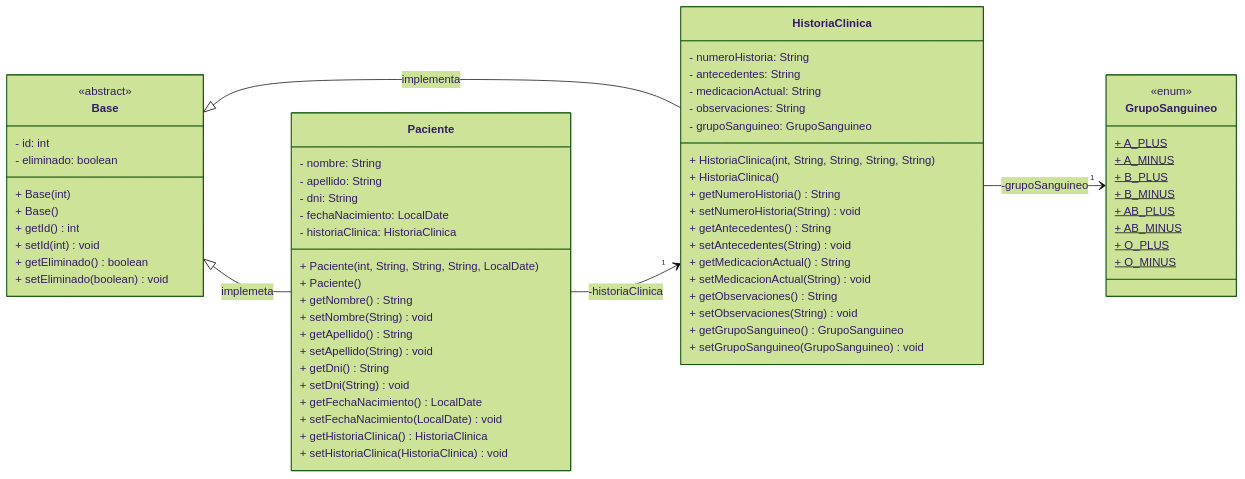
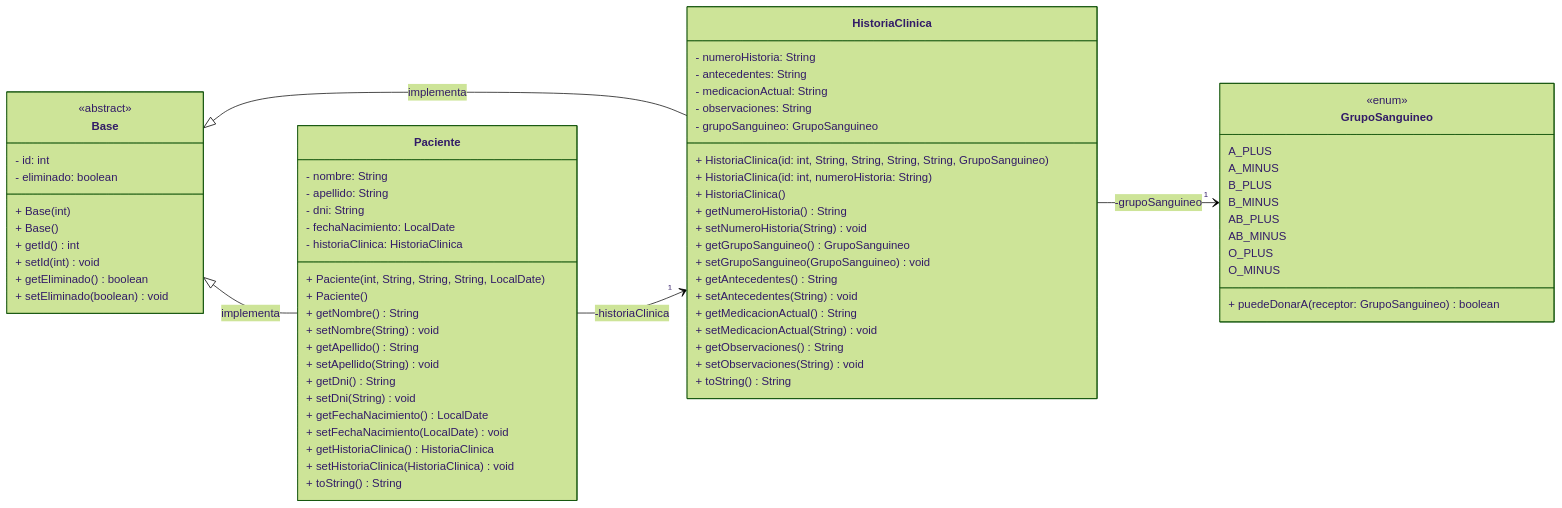
Before and after one commit to Gerolupo12/paciente-historia-cliente: the first of 2 diagrams in README.md, drawn with Mermaid (forest theme). The commit also changed other lines of this file and 6 other files, not shown here.

````diff
--- a/README.md
+++ b/README.md
@@ -56,73 +54,77 @@
 ```mermaid
     classDiagram
         direction LR
             class Base {
                 - id: int
                 - eliminado: boolean
                 + Base(int)
                 + Base()
                 + getId() int
                 + setId(int) void
                 + getEliminado() boolean
                 + setEliminado(boolean) void
             }
 
             class Paciente {
                 - nombre: String
                 - apellido: String
                 - dni: String
                 - fechaNacimiento: LocalDate
                 - historiaClinica: HistoriaClinica
                 + Paciente(int, String, String, String, LocalDate)
                 + Paciente()
                 + getNombre() String
                 + setNombre(String) void
                 + getApellido() String
                 + setApellido(String) void
                 + getDni() String
                 + setDni(String) void
                 + getFechaNacimiento() LocalDate
                 + setFechaNacimiento(LocalDate) void
                 + getHistoriaClinica() HistoriaClinica
                 + setHistoriaClinica(HistoriaClinica) void
+                + toString() String
             }
 
             class HistoriaClinica {
                 - numeroHistoria: String
                 - antecedentes: String
                 - medicacionActual: String
                 - observaciones: String
                 - grupoSanguineo: GrupoSanguineo
-                + HistoriaClinica(int, String, String, String, String)
+                + HistoriaClinica(id: int, String, String, String, String, GrupoSanguineo)
+                + HistoriaClinica(id: int, numeroHistoria: String)
                 + HistoriaClinica()
                 + getNumeroHistoria() String
                 + setNumeroHistoria(String) void
+                + getGrupoSanguineo() GrupoSanguineo
+                + setGrupoSanguineo(GrupoSanguineo) void
                 + getAntecedentes() String
                 + setAntecedentes(String) void
                 + getMedicacionActual() String
                 + setMedicacionActual(String) void
                 + getObservaciones() String
                 + setObservaciones(String) void
-                + getGrupoSanguineo() GrupoSanguineo
-                + setGrupoSanguineo(GrupoSanguineo) void
+                + toString() String
             }
 
             class GrupoSanguineo {
-                + A_PLUS$
-                + A_MINUS$
-                + B_PLUS$
-                + B_MINUS$
-                + AB_PLUS$
-                + AB_MINUS$
-                + O_PLUS$
-                + O_MINUS$
+                A_PLUS
+                A_MINUS
+                B_PLUS
+                B_MINUS
+                AB_PLUS
+                AB_MINUS
+                O_PLUS
+                O_MINUS
+                + puedeDonarA(receptor: GrupoSanguineo) boolean
             }
 
             <<abstract>> Base
             <<enum>> GrupoSanguineo
 
-            Base <|-- Paciente : implemeta
+            Base <|-- Paciente : implementa
             Base <|-- HistoriaClinica : implementa
             Paciente --> "1" HistoriaClinica : -historiaClinica
             HistoriaClinica --> "1" GrupoSanguineo : -grupoSanguineo
 ```
````
